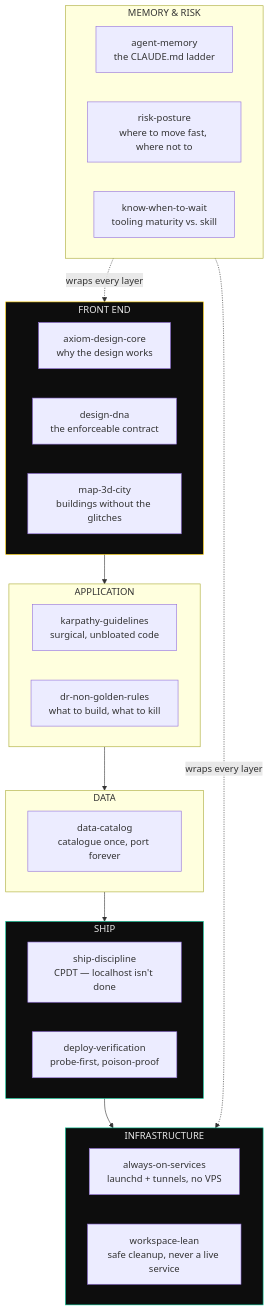
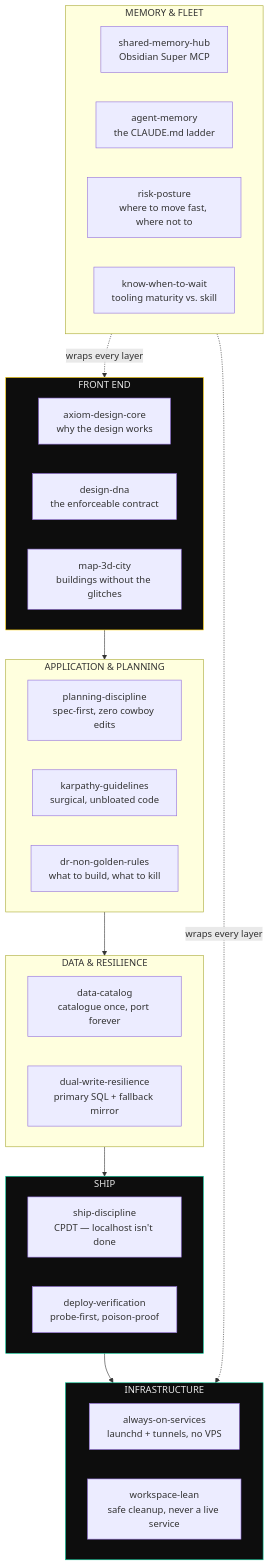
The second of 3 diagrams in README.md (Nonarkara/dr-non-vibecoding-skills), drawn with Mermaid before and after one commit. The commit also changed other lines of this file and 6 other files, not shown here.

First line of the commit message:
feat: Antigravity origin layer — the first agent, planning discipline, dual-write resilience, shared memory hub

````diff
--- a/README.md
+++ b/README.md
@@ -110,42 +113,45 @@
 ```mermaid
 flowchart TD
     subgraph Front["FRONT END"]
         direction LR
         ADC["axiom-design-core\nwhy the design works"]
         DNA["design-dna\nthe enforceable contract"]
         M3D["map-3d-city\nbuildings without the glitches"]
     end
-    subgraph App["APPLICATION"]
+    subgraph App["APPLICATION & PLANNING"]
         direction LR
+        PD["planning-discipline\nspec-first, zero cowboy edits"]
         KG["karpathy-guidelines\nsurgical, unbloated code"]
         DNG["dr-non-golden-rules\nwhat to build, what to kill"]
     end
-    subgraph Data["DATA"]
+    subgraph Data["DATA & RESILIENCE"]
         direction LR
         DC["data-catalog\ncatalogue once, port forever"]
+        DWR["dual-write-resilience\nprimary SQL + fallback mirror"]
     end
     subgraph Ship["SHIP"]
         direction LR
         SD["ship-discipline\nCPDT — localhost isn't done"]
         DV["deploy-verification\nprobe-first, poison-proof"]
     end
     subgraph Infra["INFRASTRUCTURE"]
         direction LR
         AOS["always-on-services\nlaunchd + tunnels, no VPS"]
         WL["workspace-lean\nsafe cleanup, never a live service"]
     end
-    subgraph Memory["MEMORY & RISK"]
+    subgraph Memory["MEMORY & FLEET"]
         direction LR
+        SMH["shared-memory-hub\nObsidian Super MCP"]
         AM["agent-memory\nthe CLAUDE.md ladder"]
         RP["risk-posture\nwhere to move fast, where not to"]
         KWW["know-when-to-wait\ntooling maturity vs. skill"]
     end
 
     Front --> App --> Data --> Ship --> Infra
     Memory -.->|"wraps every layer"| Front
     Memory -.->|"wraps every layer"| Infra
 
     style Front fill:#0d0d0d,stroke:#ffd000,color:#e8e8e8
     style Ship fill:#0d0d0d,stroke:#00c896,color:#e8e8e8
     style Infra fill:#0d0d0d,stroke:#00c896,color:#e8e8e8
 ```
````
